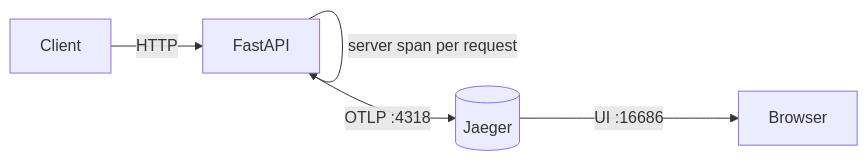
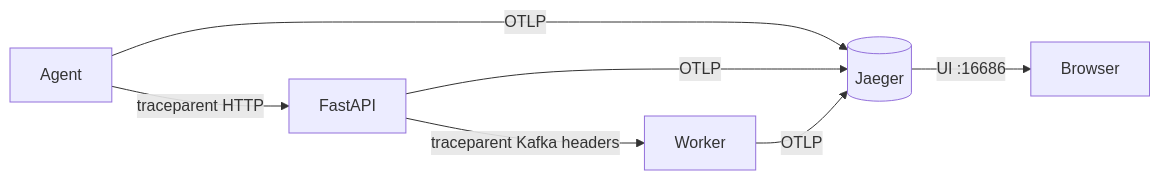
Before and after one commit to jayakrishnan98/InsightNode: the diagram in docs/phase-5-architecture.md, drawn with Mermaid. The commit also changed other lines of this file and 8 other files, not shown here.

````diff
--- a/docs/phase-5-architecture.md
+++ b/docs/phase-5-architecture.md
@@ -18,7 +18,9 @@
 ```mermaid
 flowchart LR
-  Client -->|HTTP| API[FastAPI]
-  API -->|server span per request| API
-  API -->|OTLP :4318| Jaeger[(Jaeger)]
+  Agent -->|traceparent HTTP| API[FastAPI]
+  API -->|traceparent Kafka headers| Worker
+  Agent -->|OTLP| Jaeger[(Jaeger)]
+  API -->|OTLP| Jaeger
+  Worker -->|OTLP| Jaeger
   Jaeger -->|UI :16686| Browser
 ```
````
